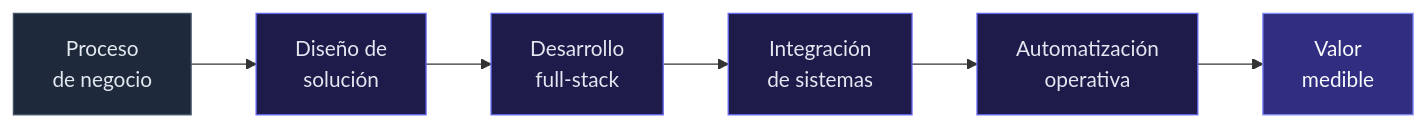
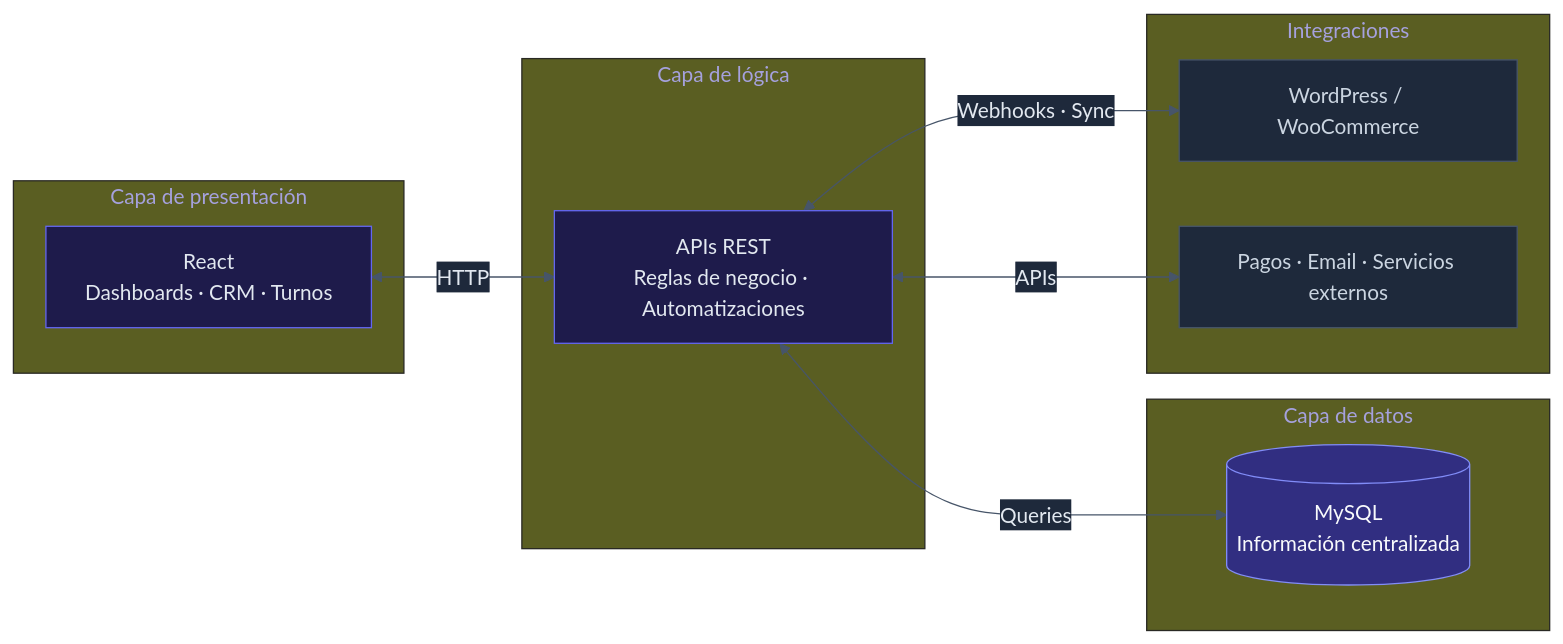
One commit to esquivelfacundo/esquivelfacundo changed the third of 3 diagrams in README.md. Above: the diagram before and after it, drawn with Mermaid. The commit also changed other lines of this file, not shown here.

First line of the commit message:
Mejorar diagramas del README con arquitectura y pipeline de trabajo.

````diff
--- a/README.md
+++ b/README.md
@@ -151,15 +204,43 @@
 ```mermaid
+---
+config:
+  theme: base
+  themeVariables:
+    primaryColor: '#1e1b4b'
+    primaryTextColor: '#e2e8f0'
+    primaryBorderColor: '#6366f1'
+    lineColor: '#475569'
+    secondaryColor: '#1e293b'
+    fontFamily: system-ui
+---
 flowchart LR
-    A["Proceso<br/>de negocio"] --> B["Diseño de<br/>solución"]
-    B --> C["Desarrollo<br/>full-stack"]
-    C --> D["Integración<br/>de sistemas"]
-    D --> E["Automatización<br/>operativa"]
-    E --> F["Valor<br/>medible"]
+    subgraph FRONT[" Capa de presentación "]
+        UI["React<br/>Dashboards · CRM · Turnos"]
+    end
 
-    style A fill:#1e293b,stroke:#475569,color:#e2e8f0
-    style B fill:#1e1b4b,stroke:#6366f1,color:#e2e8f0
-    style C fill:#1e1b4b,stroke:#6366f1,color:#e2e8f0
-    style D fill:#1e1b4b,stroke:#6366f1,color:#e2e8f0
-    style E fill:#1e1b4b,stroke:#6366f1,color:#e2e8f0
-    style F fill:#312e81,stroke:#818cf8,color:#f8fafc
+    subgraph BACK[" Capa de lógica "]
+        API["APIs REST<br/>Reglas de negocio · Automatizaciones"]
+    end
+
+    subgraph DATA[" Capa de datos "]
+        DB[("MySQL<br/>Información centralizada")]
+    end
+
+    subgraph EXT[" Integraciones "]
+        WP["WordPress / WooCommerce"]
+        SVC["Pagos · Email · Servicios externos"]
+    end
+
+    UI <-->|"HTTP"| API
+    API <-->|"Queries"| DB
+    API <-->|"Webhooks · Sync"| WP
+    API <-->|"APIs"| SVC
+
+    classDef layer fill:#1e1b4b,stroke:#6366f1,color:#e2e8f0
+    classDef storage fill:#312e81,stroke:#818cf8,color:#f8fafc
+    classDef external fill:#1e293b,stroke:#475569,color:#cbd5e1
+
+    class UI,API layer
+    class DB storage
+    class WP,SVC external
 ```
````
